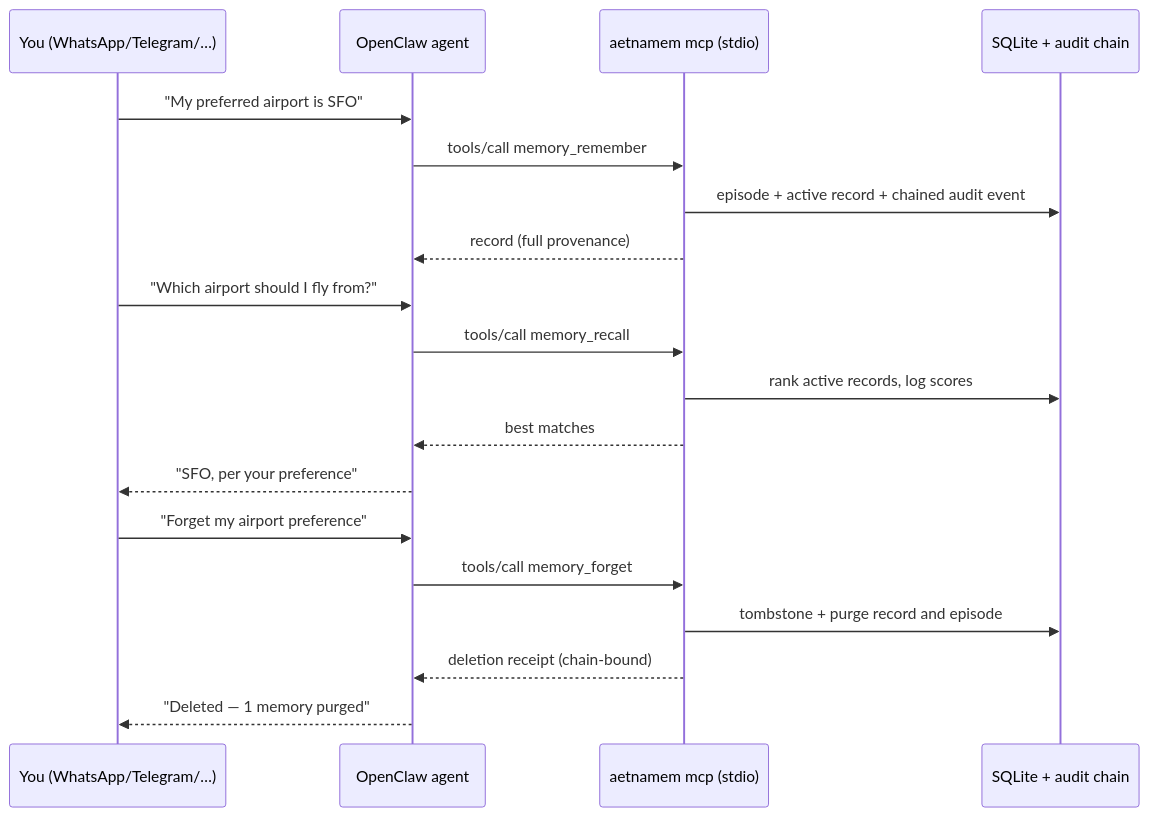
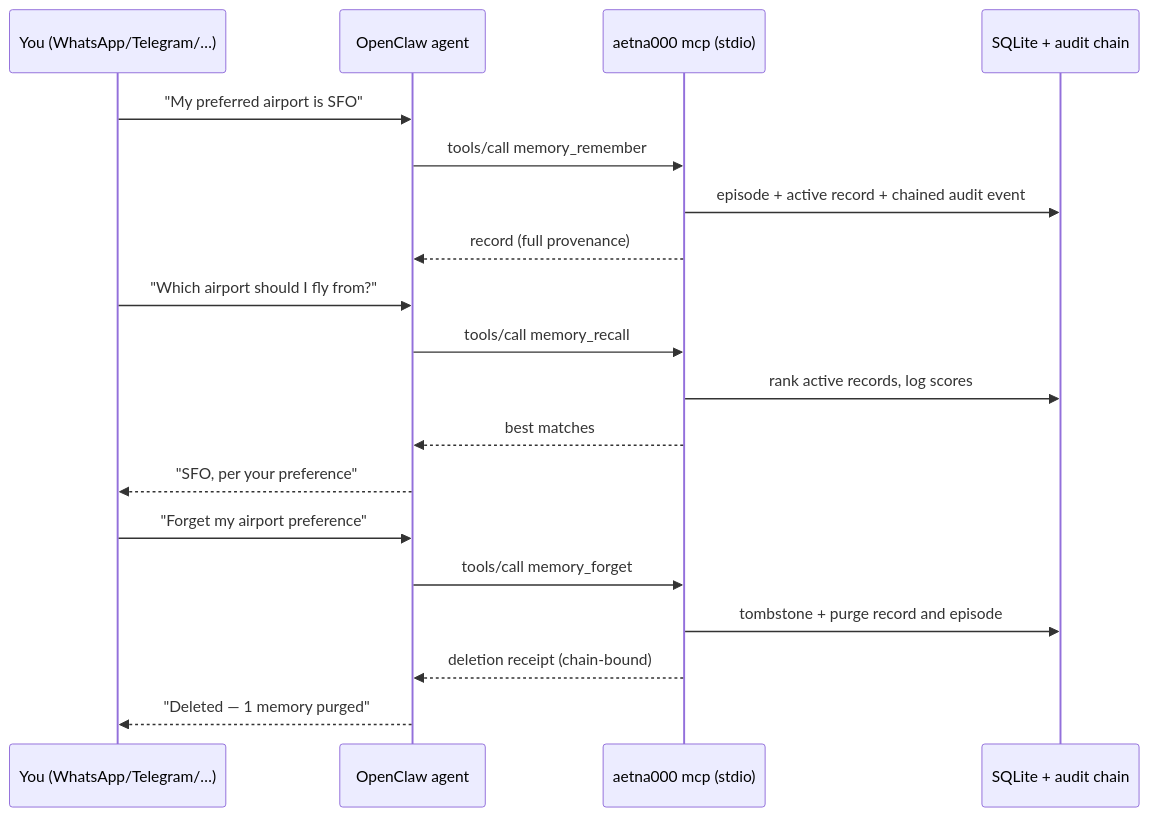
The second of 4 diagrams in docs/openclaw-setup.md (aetna000/aetnamem), drawn with Mermaid before and after one commit. The commit also changed other lines of this file and 41 other files, not shown here.

````diff
--- a/docs/openclaw-setup.md
+++ b/docs/openclaw-setup.md
@@ -48,24 +48,24 @@
 ```mermaid
 sequenceDiagram
     participant U as You (WhatsApp/Telegram/…)
     participant O as OpenClaw agent
-    participant M as aetnamem mcp (stdio)
+    participant M as aetna000 mcp (stdio)
     participant DB as SQLite + audit chain
 
     U->>O: "My preferred airport is SFO"
     O->>M: tools/call memory_remember
     M->>DB: episode + active record + chained audit event
     M-->>O: record (full provenance)
 
     U->>O: "Which airport should I fly from?"
     O->>M: tools/call memory_recall
     M->>DB: rank active records, log scores
     M-->>O: best matches
     O-->>U: "SFO, per your preference"
 
     U->>O: "Forget my airport preference"
     O->>M: tools/call memory_forget
     M->>DB: tombstone + purge record and episode
     M-->>O: deletion receipt (chain-bound)
     O-->>U: "Deleted — 1 memory purged"
 ```
````
